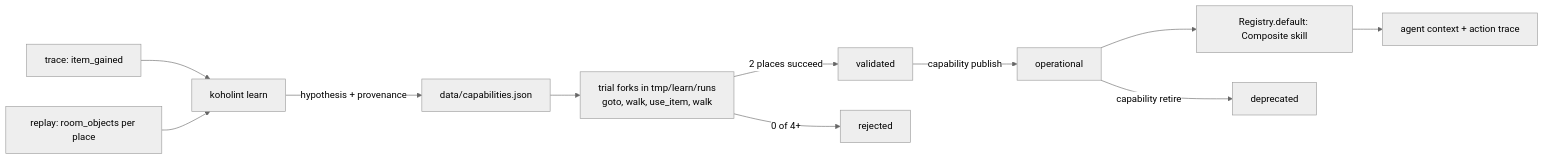
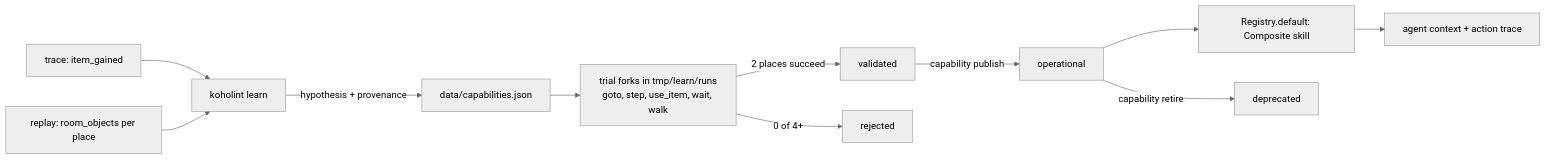
One commit to kaderate/koholint changed the diagram in docs/superpowers/specs/2026-11-12-capability-learning-slice.md. Above: the diagram before and after it, drawn with Mermaid (neutral theme). The commit also changed other lines of this file and 14 other files, not shown here.

````diff
--- a/docs/superpowers/specs/2026-11-12-capability-learning-slice.md
+++ b/docs/superpowers/specs/2026-11-12-capability-learning-slice.md
@@ -22,13 +22,13 @@
 ```mermaid
 flowchart LR
   T[trace: item_gained] --> L[koholint learn]
   K[replay: room_objects per place] --> L
   L -->|hypothesis + provenance| C[data/capabilities.json]
-  C --> X[trial forks in tmp/learn/runs<br/>goto, walk, use_item, walk]
+  C --> X[trial forks in tmp/learn/runs<br/>goto, step, use_item, wait, walk]
   X -->|2 places succeed| V[validated]
   X -->|0 of 4+| R[rejected]
   V -->|capability publish| O[operational]
   O --> G[Registry.default: Composite skill]
   G --> A[agent context + action trace]
   O -->|capability retire| D[deprecated]
 ```
````
